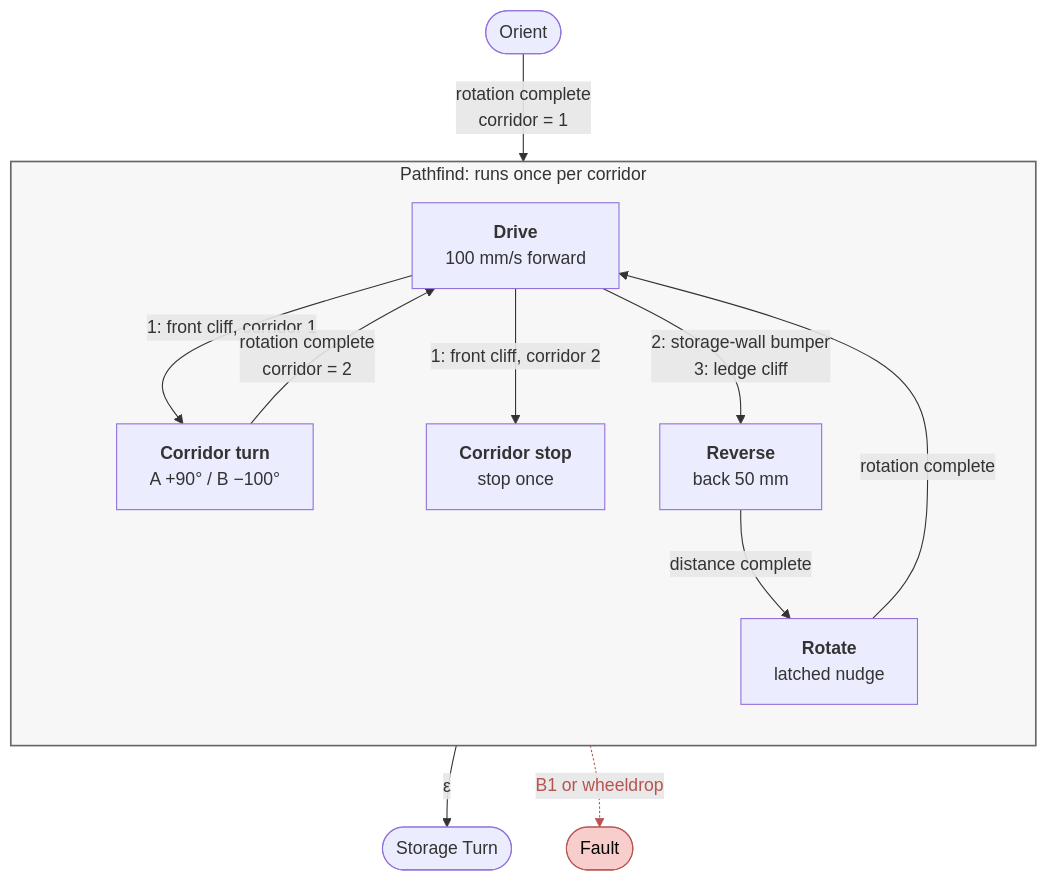
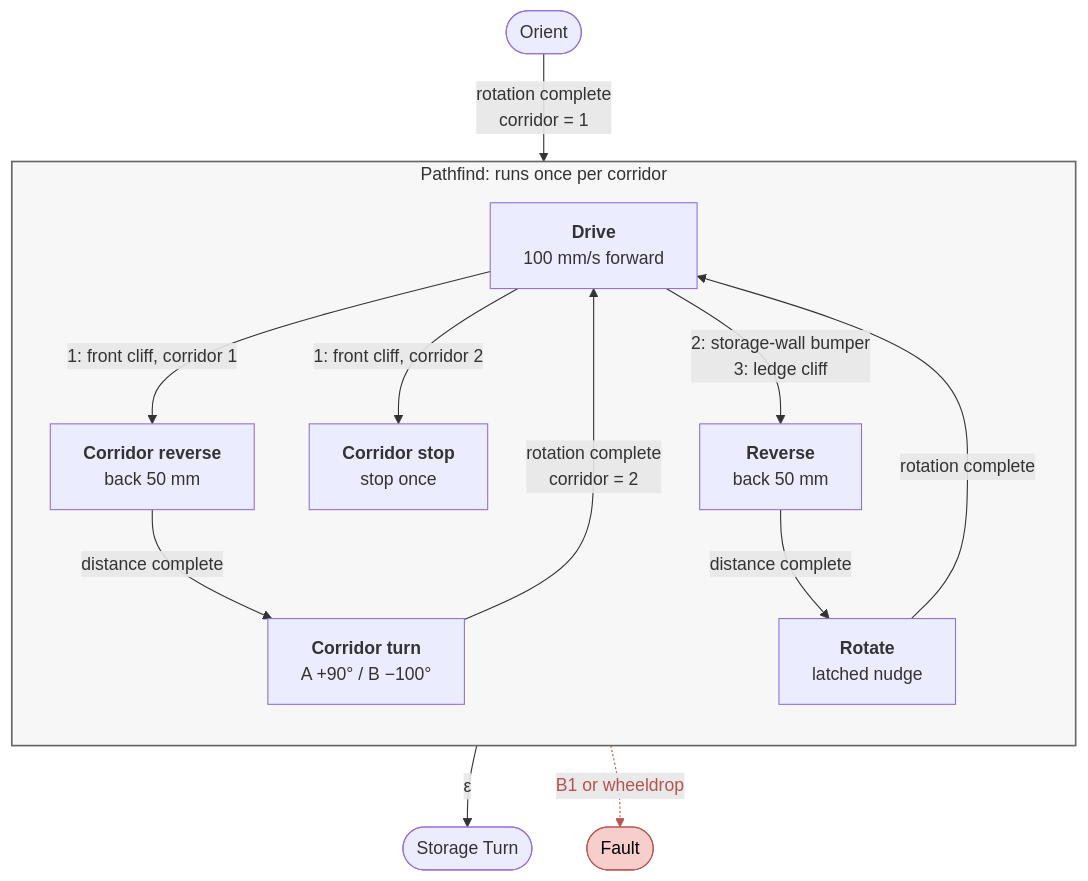
One commit to hiten011/MicroControllingProject changed the diagram in docs/pathfind.md. Above: the diagram before and after it, drawn with Mermaid. The commit also changed other lines of this file and 2 other files, not shown here.

Commit message:
docs(fsm): document Corridor reverse state

````diff
--- a/docs/pathfind.md
+++ b/docs/pathfind.md
@@ -7,30 +7,32 @@
 ```mermaid
 flowchart TB
     orient(["Orient"])
     fault(["Fault"])
     storage(["Storage Turn"])
 
     subgraph pathfind["Pathfind: runs once per corridor"]
         direction TB
         drive["<b>Drive</b><br/>100 mm/s forward"]
+        creverse["<b>Corridor reverse</b><br/>back 50 mm"]
         turn["<b>Corridor turn</b><br/>A +90° / B −100°"]
         stop["<b>Corridor stop</b><br/>stop once"]
         reverse["<b>Reverse</b><br/>back 50 mm"]
         rotate["<b>Rotate</b><br/>latched nudge"]
     end
 
     orient -->|"rotation complete<br/>corridor = 1"| drive
-    drive -->|"1: front cliff, corridor 1"| turn
+    drive -->|"1: front cliff, corridor 1"| creverse
+    creverse -->|"distance complete"| turn
     turn -->|"rotation complete<br/>corridor = 2"| drive
     drive -->|"1: front cliff, corridor 2"| stop
     stop -->|"ε"| storage
     drive -->|"2: storage-wall bumper<br/>3: ledge cliff"| reverse
     reverse -->|"distance complete"| rotate
     rotate -->|"rotation complete"| drive
     pathfind -.->|"B1 or wheeldrop"| fault
 
     classDef red fill:#f8cecc,stroke:#b85450,color:#000
     class fault red
     style pathfind fill:#f7f7f7,stroke:#666,stroke-width:1.5px
-    linkStyle 8 stroke:#b85450,color:#b85450
+    linkStyle 9 stroke:#b85450,color:#b85450
 ```
````
